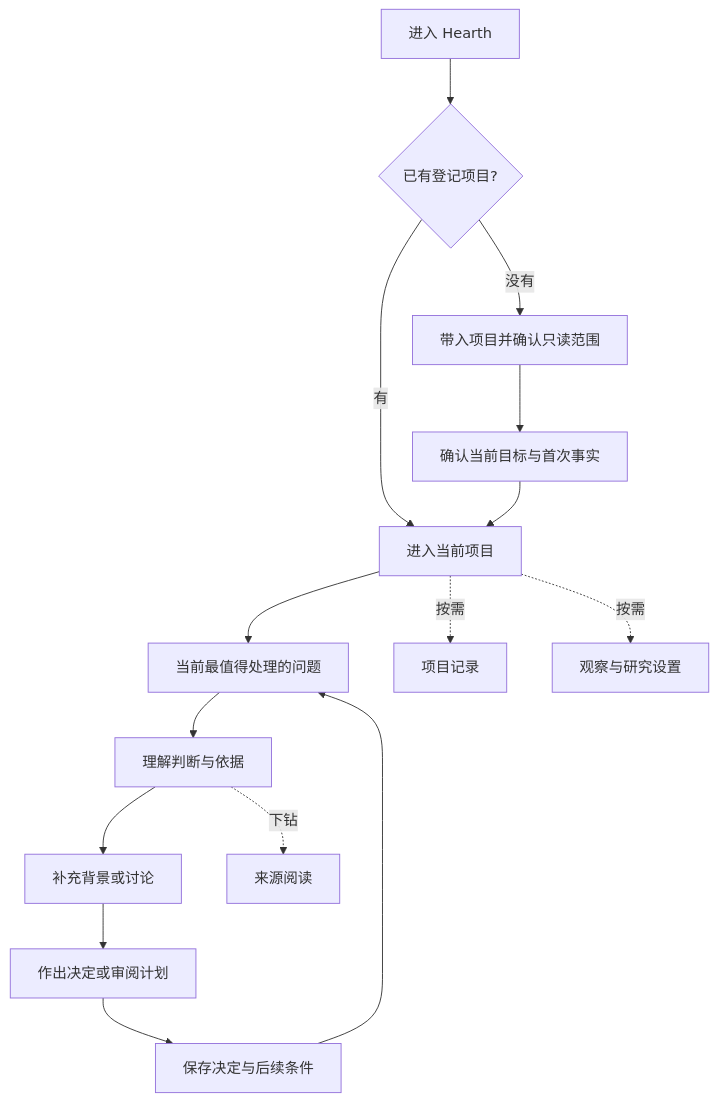
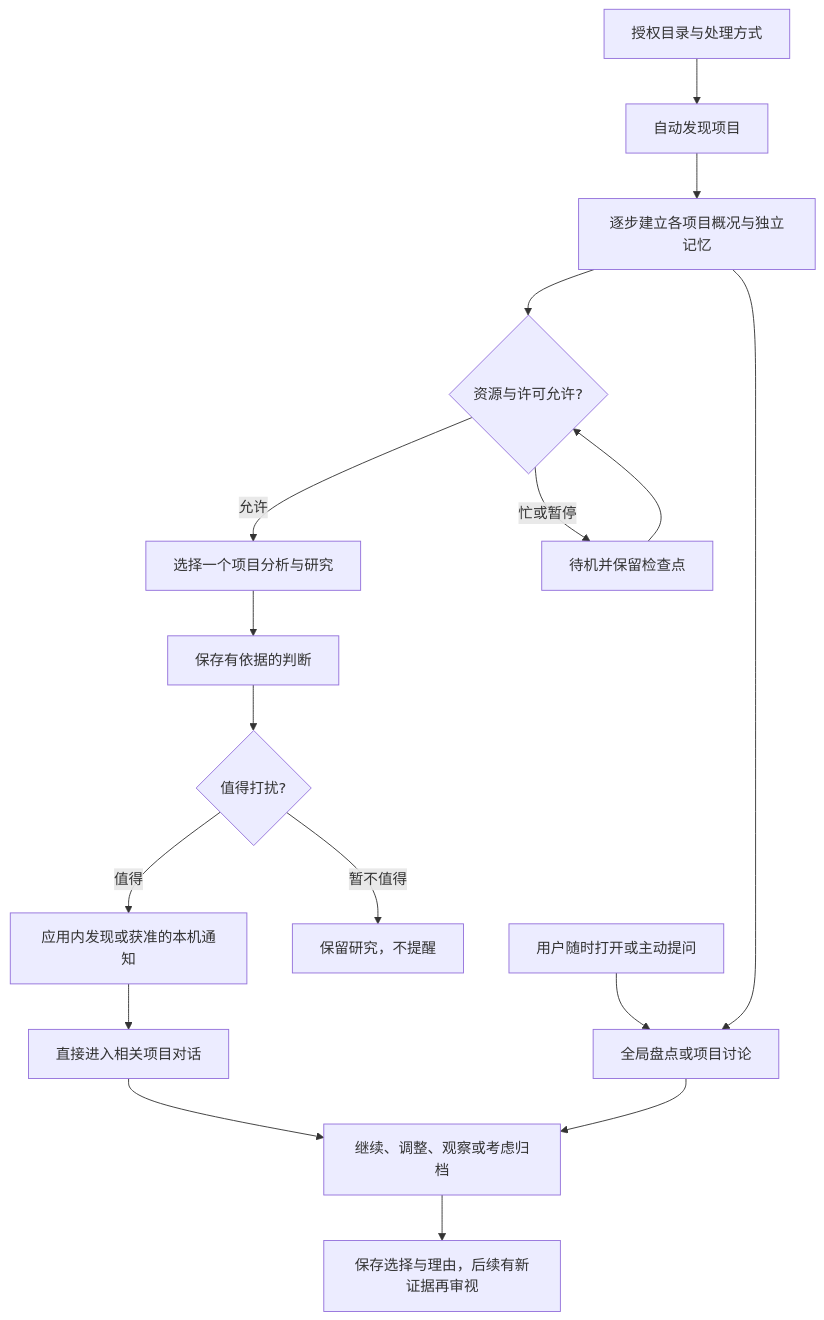
One commit to EchoTouch-moon/hark changed the diagram in docs/design/PRODUCT-EXPERIENCE-BLUEPRINT.md. Above: the diagram before and after it, drawn with Mermaid. The commit also changed other lines of this file and 13 other files, not shown here.

````diff
--- a/docs/design/PRODUCT-EXPERIENCE-BLUEPRINT.md
+++ b/docs/design/PRODUCT-EXPERIENCE-BLUEPRINT.md
@@ -51,17 +15,19 @@
 ```mermaid
 flowchart TD
-    A[进入 Hearth] --> B{已有登记项目?}
-    B -->|没有| C[带入项目并确认只读范围]
-    B -->|有| D[进入当前项目]
-    C --> E[确认当前目标与首次事实]
-    E --> D
-    D --> F[当前最值得处理的问题]
-    F --> G[理解判断与依据]
-    G --> H[补充背景或讨论]
-    H --> I[作出决定或审阅计划]
-    I --> J[保存决定与后续条件]
-    J --> F
-    D -.按需.-> K[项目记录]
-    G -.下钻.-> L[来源阅读]
-    D -.按需.-> M[观察与研究设置]
+    A[授权目录与处理方式] --> B[自动发现项目]
+    B --> C[逐步建立各项目概况与独立记忆]
+    C --> D{资源与许可允许?}
+    D -->|允许| E[选择一个项目分析与研究]
+    D -->|忙或暂停| F[待机并保留检查点]
+    F --> D
+    E --> G[保存有依据的判断]
+    G --> H{值得打扰?}
+    H -->|值得| I[应用内发现或获准的本机通知]
+    H -->|暂不值得| J[保留研究，不提醒]
+    I --> K[直接进入相关项目对话]
+    L[用户随时打开或主动提问] --> M[全局盘点或项目讨论]
+    C --> M
+    K --> N[继续、调整、观察或考虑归档]
+    M --> N
+    N --> O[保存选择与理由，后续有新证据再审视]
 ```
````
